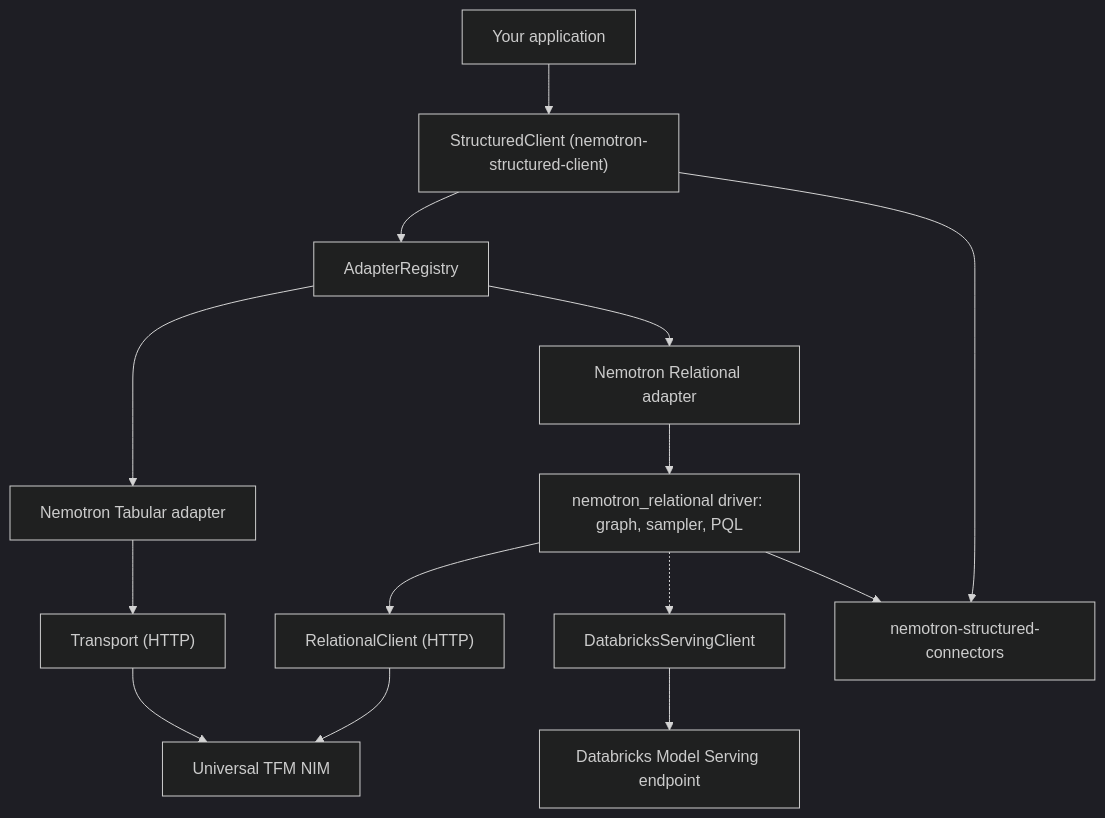
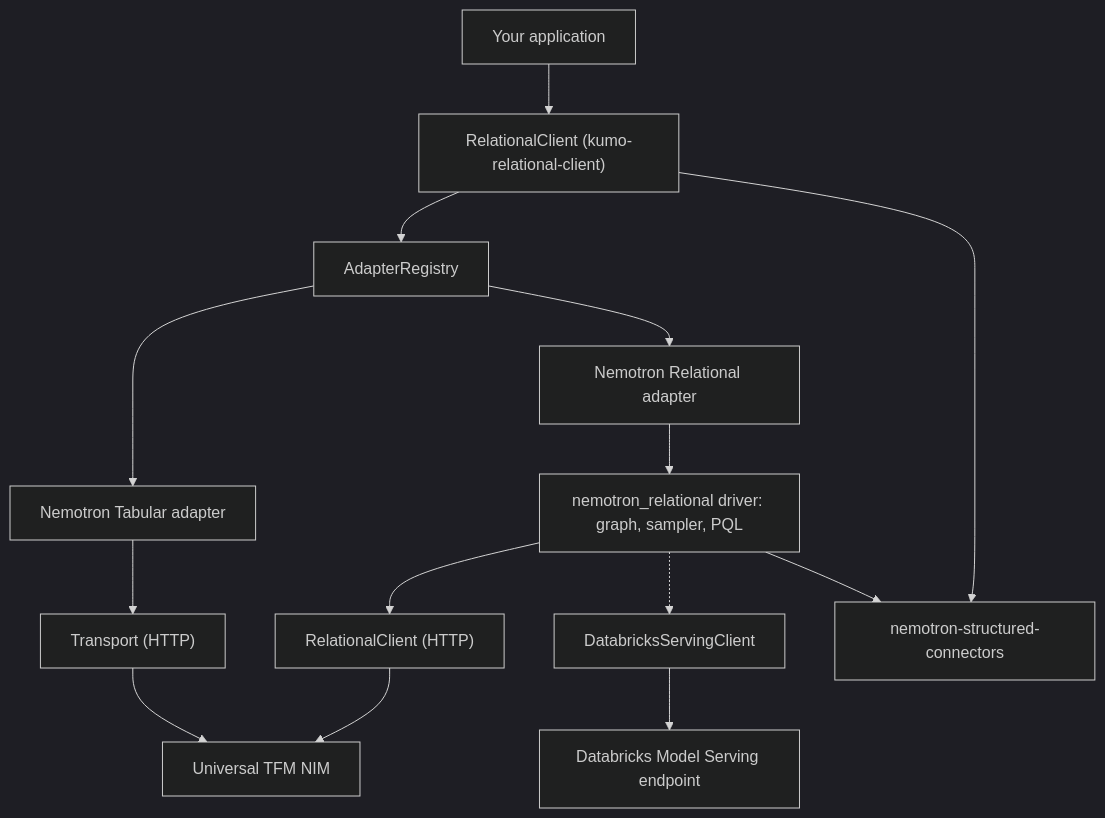
One commit to kumo-ai/kumo-relational-client changed the diagram in docs/about/architecture.md. Above: the diagram before and after it, drawn with Mermaid (dark theme). The commit also changed other lines of this file and 146 other files, not shown here.

````diff
--- a/docs/about/architecture.md
+++ b/docs/about/architecture.md
@@ -15,16 +15,16 @@
 ```mermaid
 flowchart TD
-    app["Your application"] --> client["StructuredClient (nemotron-structured-client)"]
+    app["Your application"] --> client["RelationalClient (kumo-relational-client)"]
     client --> registry["AdapterRegistry"]
     registry --> tabicl["Nemotron Tabular adapter"]
     registry --> rfm["Nemotron Relational adapter"]
     rfm --> driver["nemotron_relational driver: graph, sampler, PQL"]
     tabicl --> transport["Transport (HTTP)"]
     driver --> kumoclient["RelationalClient (HTTP)"]
     driver -.-> serving["DatabricksServingClient"]
     transport --> nim["Universal TFM NIM"]
     kumoclient --> nim
     serving --> endpoint["Databricks Model Serving endpoint"]
     client --> connectors["nemotron-structured-connectors"]
     driver --> connectors
 ```
````
